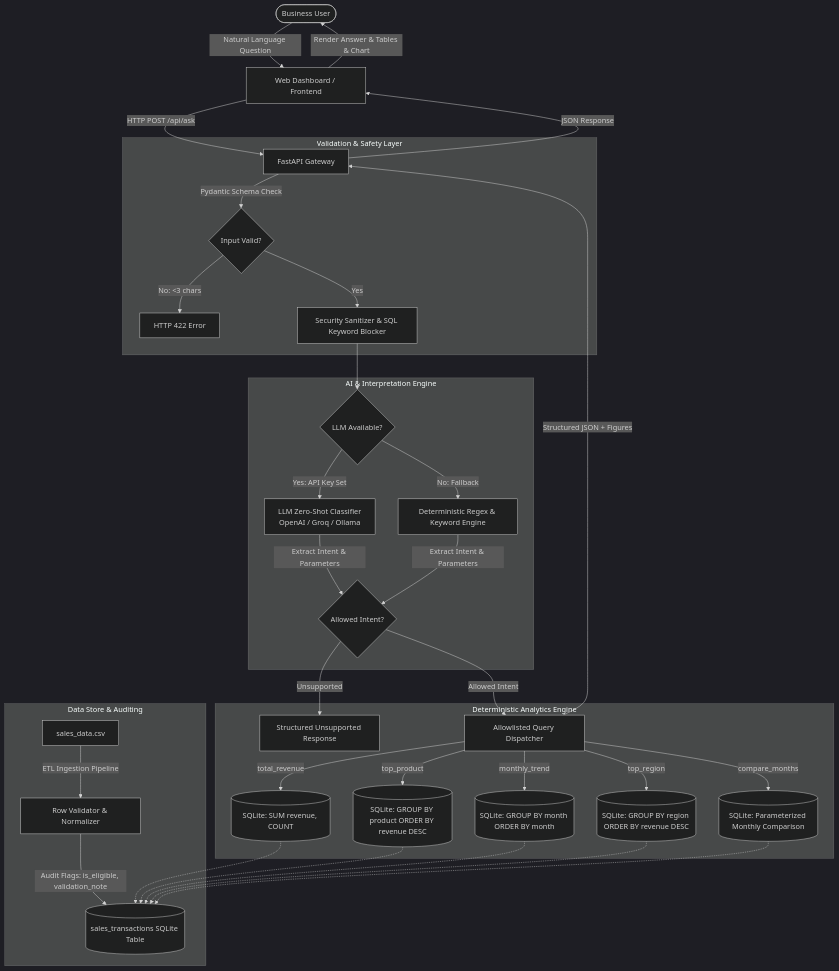
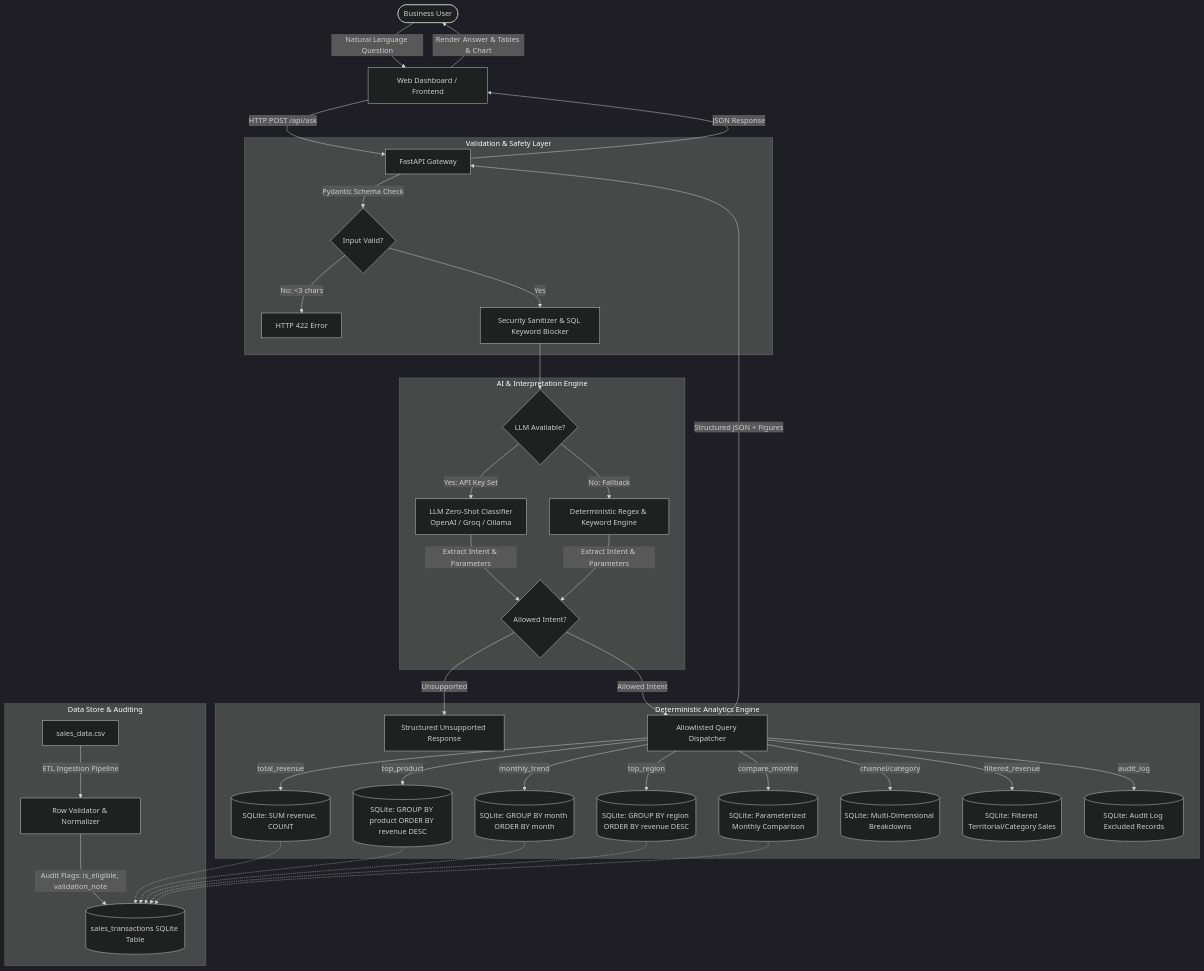
One commit to teja338/rsg-ai-business-intelligence-assistant changed the first of 2 diagrams in docs/architecture.md. Above: the diagram before and after it, drawn with Mermaid (dark theme). The commit also changed 11 other files, not shown here.

Commit message:
Upgrade: Add multi-dimensional analytics, CSV export, custom file upload, dynamic chart switching, and expanded test suite (24 tests)

````diff
--- a/docs/architecture.md
+++ b/docs/architecture.md
@@ -9,44 +9,47 @@
 ```mermaid
 flowchart TD
     User([Business User]) -->|Natural Language Question| UI[Web Dashboard / Frontend]
     UI -->|HTTP POST /api/ask| API[FastAPI Gateway]
     
     subgraph Validation & Safety Layer
         API -->|Pydantic Schema Check| InputVal{Input Valid?}
         InputVal -->|No: <3 chars| Err422[HTTP 422 Error]
         InputVal -->|Yes| Sanitizer[Security Sanitizer & SQL Keyword Blocker]
     end
 
     subgraph AI & Interpretation Engine
         Sanitizer --> Router{LLM Available?}
         Router -->|Yes: API Key Set| LLM[LLM Zero-Shot Classifier\nOpenAI / Groq / Ollama]
         Router -->|No: Fallback| Rules[Deterministic Regex & Keyword Engine]
         LLM -->|Extract Intent & Parameters| IntentValidator{Allowed Intent?}
         Rules -->|Extract Intent & Parameters| IntentValidator
     end
 
     subgraph Deterministic Analytics Engine
         IntentValidator -->|Unsupported| GracefulFail[Structured Unsupported Response]
         IntentValidator -->|Allowed Intent| Dispatcher[Allowlisted Query Dispatcher]
         
         Dispatcher -->|total_revenue| Q1[(SQLite: SUM revenue, COUNT)]
         Dispatcher -->|top_product| Q2[(SQLite: GROUP BY product ORDER BY revenue DESC)]
         Dispatcher -->|monthly_trend| Q3[(SQLite: GROUP BY month ORDER BY month)]
         Dispatcher -->|top_region| Q4[(SQLite: GROUP BY region ORDER BY revenue DESC)]
         Dispatcher -->|compare_months| Q5[(SQLite: Parameterized Monthly Comparison)]
+        Dispatcher -->|channel/category| Q6[(SQLite: Multi-Dimensional Breakdowns)]
+        Dispatcher -->|filtered_revenue| Q7[(SQLite: Filtered Territorial/Category Sales)]
+        Dispatcher -->|audit_log| Q8[(SQLite: Audit Log Excluded Records)]
     end
 
     subgraph Data Store & Auditing
         CSV[sales_data.csv] -->|ETL Ingestion Pipeline| Ingest[Row Validator & Normalizer]
         Ingest -->|Audit Flags: is_eligible, validation_note| DB[(sales_transactions SQLite Table)]
         Q1 -.-> DB
         Q2 -.-> DB
         Q3 -.-> DB
         Q4 -.-> DB
         Q5 -.-> DB
     end
 
     Dispatcher -->|Structured JSON + Figures| API
     API -->|JSON Response| UI
     UI -->|Render Answer & Tables & Chart| User
 ```
````
